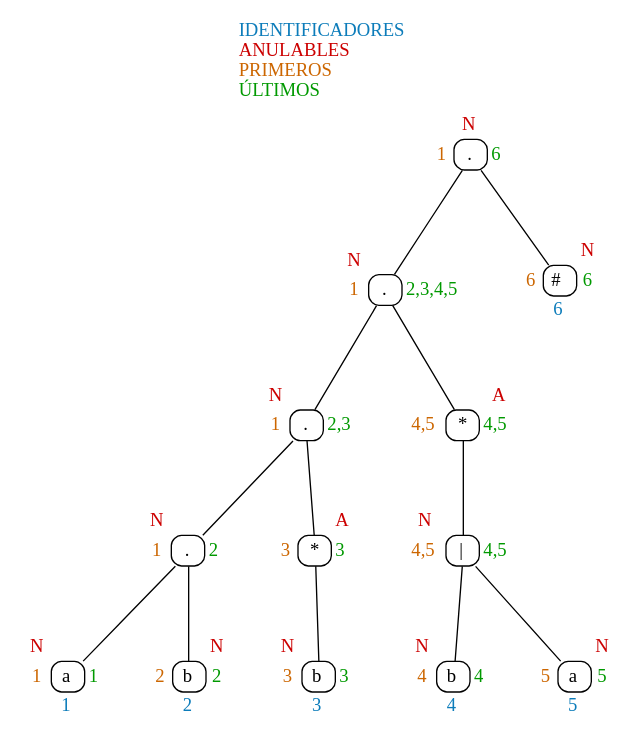
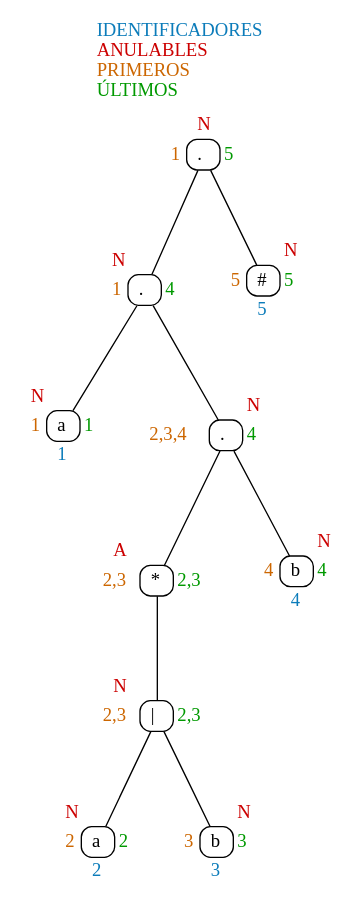
Before and after one commit to bryan967132/OLC1_Proyecto1_201908355: the diagram in Dot/Expresion2.dot, drawn with Graphviz. The commit also changed 6 other files, not shown here.

```diff
--- a/Dot/Expresion2.dot
+++ b/Dot/Expresion2.dot
@@ -1,31 +1,25 @@
 digraph Tree {
 	graph[fontname="Consolas" labelloc=t];
-	node[shape = plaintext];
+	node[shape = plaintext fontname="Consolas"];
 	edge[dir = none];
 	label=<<font color="#0C7CBA">IDENTIFICADORES</font><br align="left"/><font color="#CC0000">ANULABLES</font><br align="left"/><font color="#CC6600">PRIMEROS</font><br align="left"/><font color="#009900">ÚLTIMOS</font><br align="left"/>>;
-	node12[label=<<table border="0" cellspacing="0" cellpadding="3"><tr><td></td><td><font color="#CC0000">N</font></td><td></td></tr><tr><td><font color="#CC6600">1</font></td><td border="1" style="rounded" port="p12" width="25">.</td><td><font color="#009900">6</font></td></tr><tr><td></td><td></td><td></td></tr></table>>];
-	node11[label=<<table border="0" cellspacing="0" cellpadding="3"><tr><td><font color="#CC0000">N</font></td><td></td><td></td></tr><tr><td><font color="#CC6600">1</font></td><td border="1" style="rounded" port="p11" width="25">.</td><td><font color="#009900">2,3,4,5</font></td></tr><tr><td></td><td></td><td></td></tr></table>>];
-	node10[label=<<table border="0" cellspacing="0" cellpadding="3"><tr><td><font color="#CC0000">N</font></td><td></td><td></td></tr><tr><td><font color="#CC6600">1</font></td><td border="1" style="rounded" port="p10" width="25">.</td><td><font color="#009900">2,3</font></td></tr><tr><td></td><td></td><td></td></tr></table>>];
-	node9[label=<<table border="0" cellspacing="0" cellpadding="3"><tr><td><font color="#CC0000">N</font></td><td></td><td></td></tr><tr><td><font color="#CC6600">1</font></td><td border="1" style="rounded" port="p9" width="25">.</td><td><font color="#009900">2</font></td></tr><tr><td></td><td></td><td></td></tr></table>>];
-	node8[label=<<table border="0" cellspacing="0" cellpadding="3"><tr><td><font color="#CC0000">N</font></td><td></td><td></td></tr><tr><td><font color="#CC6600">1</font></td><td border="1" style="rounded" port="p8" width="25">a</td><td><font color="#009900">1</font></td></tr><tr><td></td><td><font color="#0C7CBA">1</font></td><td></td></tr></table>>];
+	node9[label=<<table border="0" cellspacing="0" cellpadding="3"><tr><td></td><td><font color="#CC0000">N</font></td><td></td></tr><tr><td><font color="#CC6600">1</font></td><td border="1" style="rounded" port="p9" width="25">.</td><td><font color="#009900">5</font></td></tr><tr><td></td><td></td><td></td></tr></table>>];
+	node8[label=<<table border="0" cellspacing="0" cellpadding="3"><tr><td><font color="#CC0000">N</font></td><td></td><td></td></tr><tr><td><font color="#CC6600">1</font></td><td border="1" style="rounded" port="p8" width="25">.</td><td><font color="#009900">4</font></td></tr><tr><td></td><td></td><td></td></tr></table>>];
+	node7[label=<<table border="0" cellspacing="0" cellpadding="3"><tr><td><font color="#CC0000">N</font></td><td></td><td></td></tr><tr><td><font color="#CC6600">1</font></td><td border="1" style="rounded" port="p7" width="25">a</td><td><font color="#009900">1</font></td></tr><tr><td></td><td><font color="#0C7CBA">1</font></td><td></td></tr></table>>];
+	node8:p8 -> node7:p7;
+	node6[label=<<table border="0" cellspacing="0" cellpadding="3"><tr><td></td><td></td><td><font color="#CC0000">N</font></td></tr><tr><td><font color="#CC6600">2,3,4</font></td><td border="1" style="rounded" port="p6" width="25">.</td><td><font color="#009900">4</font></td></tr><tr><td></td><td></td><td></td></tr></table>>];
+	node5[label=<<table border="0" cellspacing="0" cellpadding="3"><tr><td><font color="#CC0000">A</font></td><td></td><td></td></tr><tr><td><font color="#CC6600">2,3</font></td><td border="1" style="rounded" port="p5" width="25">*</td><td><font color="#009900">2,3</font></td></tr><tr><td></td><td></td><td></td></tr></table>>];
+	node4[label=<<table border="0" cellspacing="0" cellpadding="3"><tr><td><font color="#CC0000">N</font></td><td></td><td></td></tr><tr><td><font color="#CC6600">2,3</font></td><td border="1" style="rounded" port="p4" width="25">|</td><td><font color="#009900">2,3</font></td></tr><tr><td></td><td></td><td></td></tr></table>>];
+	node3[label=<<table border="0" cellspacing="0" cellpadding="3"><tr><td><font color="#CC0000">N</font></td><td></td><td></td></tr><tr><td><font color="#CC6600">2</font></td><td border="1" style="rounded" port="p3" width="25">a</td><td><font color="#009900">2</font></td></tr><tr><td></td><td><font color="#0C7CBA">2</font></td><td></td></tr></table>>];
+	node4:p4 -> node3:p3;
+	node2[label=<<table border="0" cellspacing="0" cellpadding="3"><tr><td></td><td></td><td><font color="#CC0000">N</font></td></tr><tr><td><font color="#CC6600">3</font></td><td border="1" style="rounded" port="p2" width="25">b</td><td><font color="#009900">3</font></td></tr><tr><td></td><td><font color="#0C7CBA">3</font></td><td></td></tr></table>>];
+	node4:p4 -> node2:p2;
+	node5:p5 -> node4:p4;
+	node6:p6 -> node5:p5;
+	node1[label=<<table border="0" cellspacing="0" cellpadding="3"><tr><td></td><td></td><td><font color="#CC0000">N</font></td></tr><tr><td><font color="#CC6600">4</font></td><td border="1" style="rounded" port="p1" width="25">b</td><td><font color="#009900">4</font></td></tr><tr><td></td><td><font color="#0C7CBA">4</font></td><td></td></tr></table>>];
+	node6:p6 -> node1:p1;
+	node8:p8 -> node6:p6;
 	node9:p9 -> node8:p8;
-	node7[label=<<table border="0" cellspacing="0" cellpadding="3"><tr><td></td><td></td><td><font color="#CC0000">N</font></td></tr><tr><td><font color="#CC6600">2</font></td><td border="1" style="rounded" port="p7" width="25">b</td><td><font color="#009900">2</font></td></tr><tr><td></td><td><font color="#0C7CBA">2</font></td><td></td></tr></table>>];
-	node9:p9 -> node7:p7;
-	node10:p10 -> node9:p9;
-	node6[label=<<table border="0" cellspacing="0" cellpadding="3"><tr><td></td><td></td><td><font color="#CC0000">A</font></td></tr><tr><td><font color="#CC6600">3</font></td><td border="1" style="rounded" port="p6" width="25">*</td><td><font color="#009900">3</font></td></tr><tr><td></td><td></td><td></td></tr></table>>];
-	node5[label=<<table border="0" cellspacing="0" cellpadding="3"><tr><td><font color="#CC0000">N</font></td><td></td><td></td></tr><tr><td><font color="#CC6600">3</font></td><td border="1" style="rounded" port="p5" width="25">b</td><td><font color="#009900">3</font></td></tr><tr><td></td><td><font color="#0C7CBA">3</font></td><td></td></tr></table>>];
-	node6:p6 -> node5:p5;
-	node10:p10 -> node6:p6;
-	node11:p11 -> node10:p10;
-	node4[label=<<table border="0" cellspacing="0" cellpadding="3"><tr><td></td><td></td><td><font color="#CC0000">A</font></td></tr><tr><td><font color="#CC6600">4,5</font></td><td border="1" style="rounded" port="p4" width="25">*</td><td><font color="#009900">4,5</font></td></tr><tr><td></td><td></td><td></td></tr></table>>];
-	node3[label=<<table border="0" cellspacing="0" cellpadding="3"><tr><td><font color="#CC0000">N</font></td><td></td><td></td></tr><tr><td><font color="#CC6600">4,5</font></td><td border="1" style="rounded" port="p3" width="25">|</td><td><font color="#009900">4,5</font></td></tr><tr><td></td><td></td><td></td></tr></table>>];
-	node2[label=<<table border="0" cellspacing="0" cellpadding="3"><tr><td><font color="#CC0000">N</font></td><td></td><td></td></tr><tr><td><font color="#CC6600">4</font></td><td border="1" style="rounded" port="p2" width="25">b</td><td><font color="#009900">4</font></td></tr><tr><td></td><td><font color="#0C7CBA">4</font></td><td></td></tr></table>>];
-	node3:p3 -> node2:p2;
-	node1[label=<<table border="0" cellspacing="0" cellpadding="3"><tr><td></td><td></td><td><font color="#CC0000">N</font></td></tr><tr><td><font color="#CC6600">5</font></td><td border="1" style="rounded" port="p1" width="25">a</td><td><font color="#009900">5</font></td></tr><tr><td></td><td><font color="#0C7CBA">5</font></td><td></td></tr></table>>];
-	node3:p3 -> node1:p1;
-	node4:p4 -> node3:p3;
-	node11:p11 -> node4:p4;
-	node12:p12 -> node11:p11;
-	node0[label=<<table border="0" cellspacing="0" cellpadding="3"><tr><td></td><td></td><td><font color="#CC0000">N</font></td></tr><tr><td><font color="#CC6600">6</font></td><td border="1" style="rounded" port="p0" width="25">#</td><td><font color="#009900">6</font></td></tr><tr><td></td><td><font color="#0C7CBA">6</font></td><td></td></tr></table>>];
-	node12:p12 -> node0:p0;
+	node0[label=<<table border="0" cellspacing="0" cellpadding="3"><tr><td></td><td></td><td><font color="#CC0000">N</font></td></tr><tr><td><font color="#CC6600">5</font></td><td border="1" style="rounded" port="p0" width="25">#</td><td><font color="#009900">5</font></td></tr><tr><td></td><td><font color="#0C7CBA">5</font></td><td></td></tr></table>>];
+	node9:p9 -> node0:p0;
 }
```
